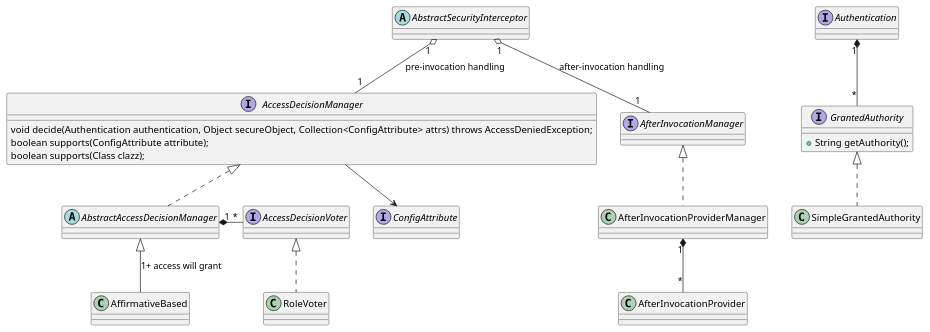
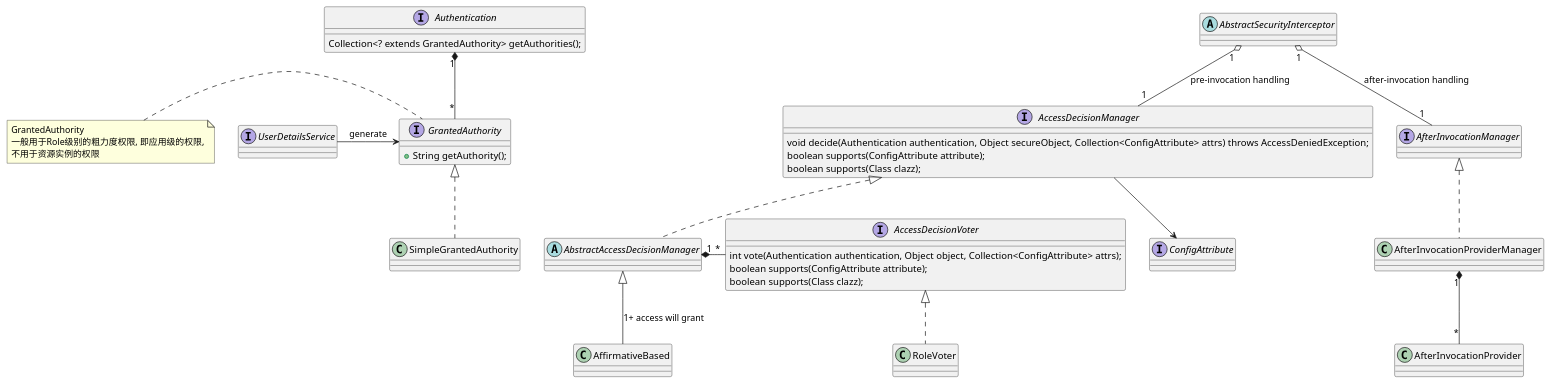
One commit to xiayy860612/spring-lab changed the diagram in spring-auth/doc/authorization-design.puml. Above: the diagram before and after it, drawn with PlantUML. The commit also changed 1 other file, not shown here.

```diff
--- a/spring-auth/doc/authorization-design.puml
+++ b/spring-auth/doc/authorization-design.puml
@@ -1,47 +1,63 @@
 @startuml
 
-interface Authentication
+interface Authentication {
+    Collection<? extends GrantedAuthority> getAuthorities();
+}
 
 interface GrantedAuthority {
     + String getAuthority();
 }
 
+note left
+GrantedAuthority
+一般用于Role级别的粗力度权限, 即应用级的权限,
+不用于资源实例的权限
+end note
+
 Authentication "1" *-- "*" GrantedAuthority
+
+interface UserDetailsService
+
+UserDetailsService -right-> GrantedAuthority: generate
 
 interface ConfigAttribute
 
 interface AccessDecisionManager {
     void decide(Authentication authentication, Object secureObject, Collection<ConfigAttribute> attrs) throws AccessDeniedException;
     boolean supports(ConfigAttribute attribute);
     boolean supports(Class clazz);
 }
 
 AccessDecisionManager --> ConfigAttribute
 
 abstract class AbstractAccessDecisionManager
 
 AccessDecisionManager <|.. AbstractAccessDecisionManager
 
-interface AccessDecisionVoter
+interface AccessDecisionVoter {
+    int vote(Authentication authentication, Object object, Collection<ConfigAttribute> attrs);
+    boolean supports(ConfigAttribute attribute);
+    boolean supports(Class clazz);
+}
 
 AbstractAccessDecisionManager "1" *-right- "*" AccessDecisionVoter
 
 AbstractAccessDecisionManager <|-- AffirmativeBased: 1+ access will grant
 
 AccessDecisionVoter <|.. RoleVoter
 
 GrantedAuthority <|.. SimpleGrantedAuthority
 
 abstract class AbstractSecurityInterceptor
 
 AbstractSecurityInterceptor "1" o-- "1" AccessDecisionManager: pre-invocation handling
 
 interface AfterInvocationManager
 
 AbstractSecurityInterceptor "1" o-- "1" AfterInvocationManager: after-invocation handling
 
 AfterInvocationManager <|.. AfterInvocationProviderManager
 
 AfterInvocationProviderManager "1" *-- "*" AfterInvocationProvider
 
 @enduml
```
